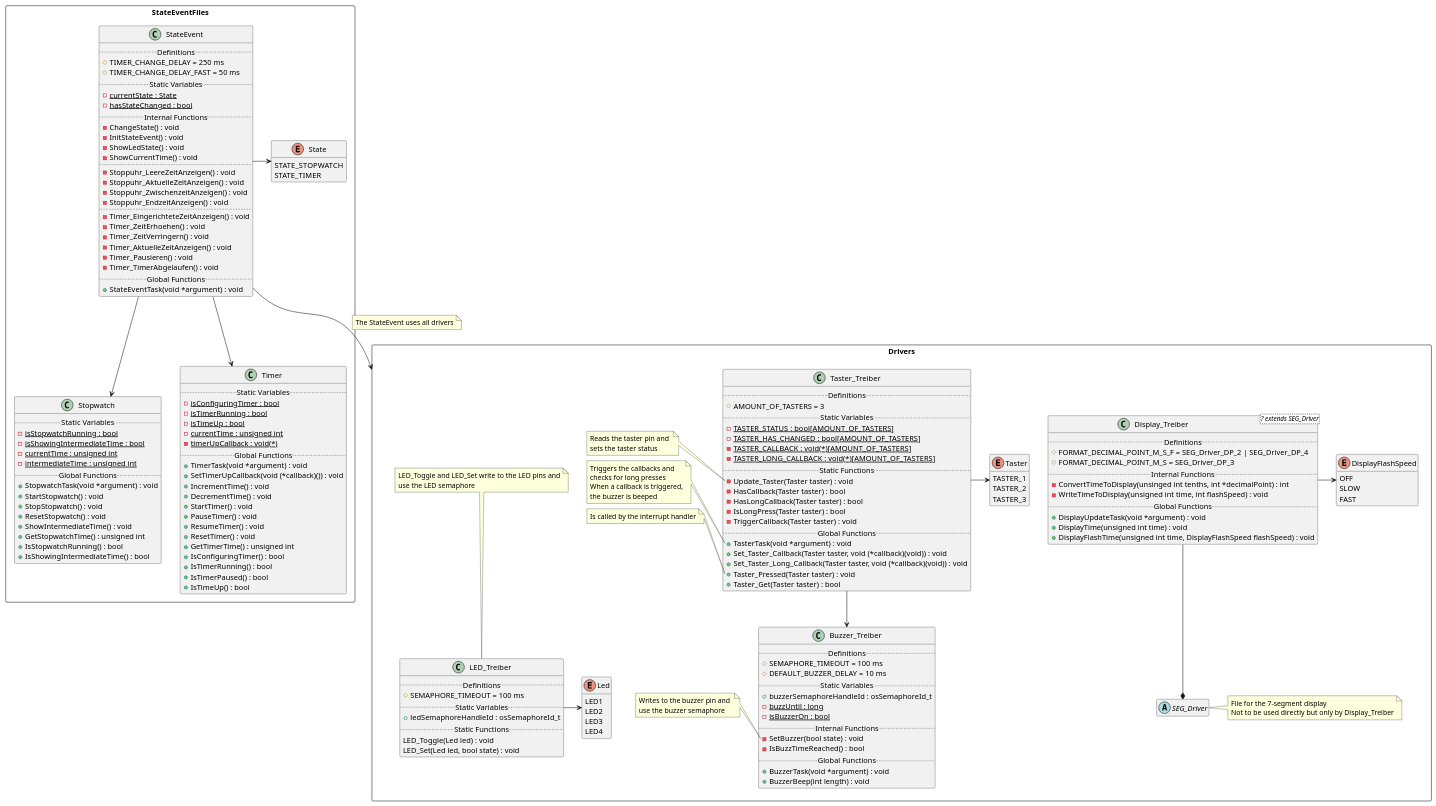
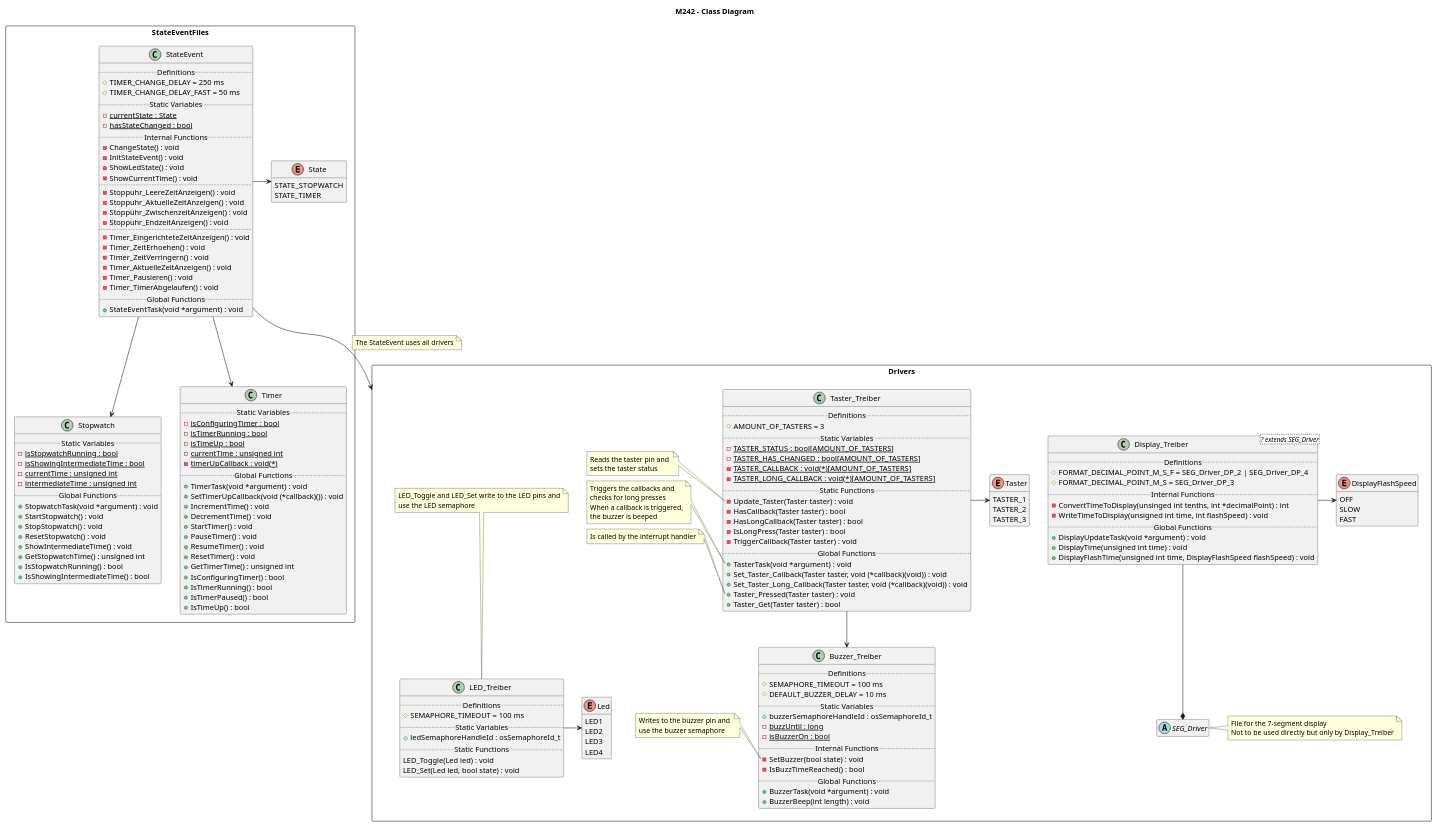
One commit to flimtix/M242-Microprozessoren changed the diagram in docs/Diagramms/Class-Diagramm.puml. Above: the diagram before and after it, drawn with PlantUML. The commit also changed 9 other files, not shown here.

Commit message:
📝: Component diagram & Readme with UMLs

```diff
--- a/docs/Diagramms/Class-Diagramm.puml
+++ b/docs/Diagramms/Class-Diagramm.puml
@@ -1,4 +1,5 @@
 @startuml "M242 - Class Diagram"
+title M242 - Class Diagram
 hide empty members
 
 package StateEventFiles <<Rectangle>> {
```
